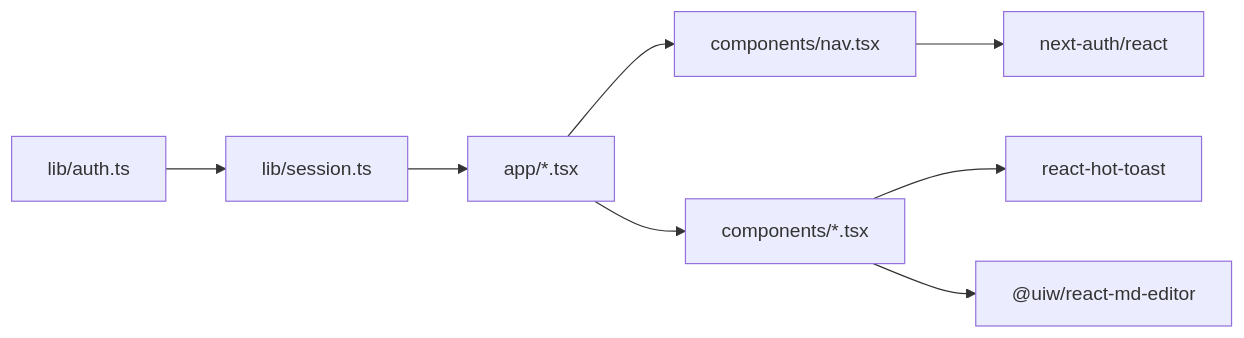
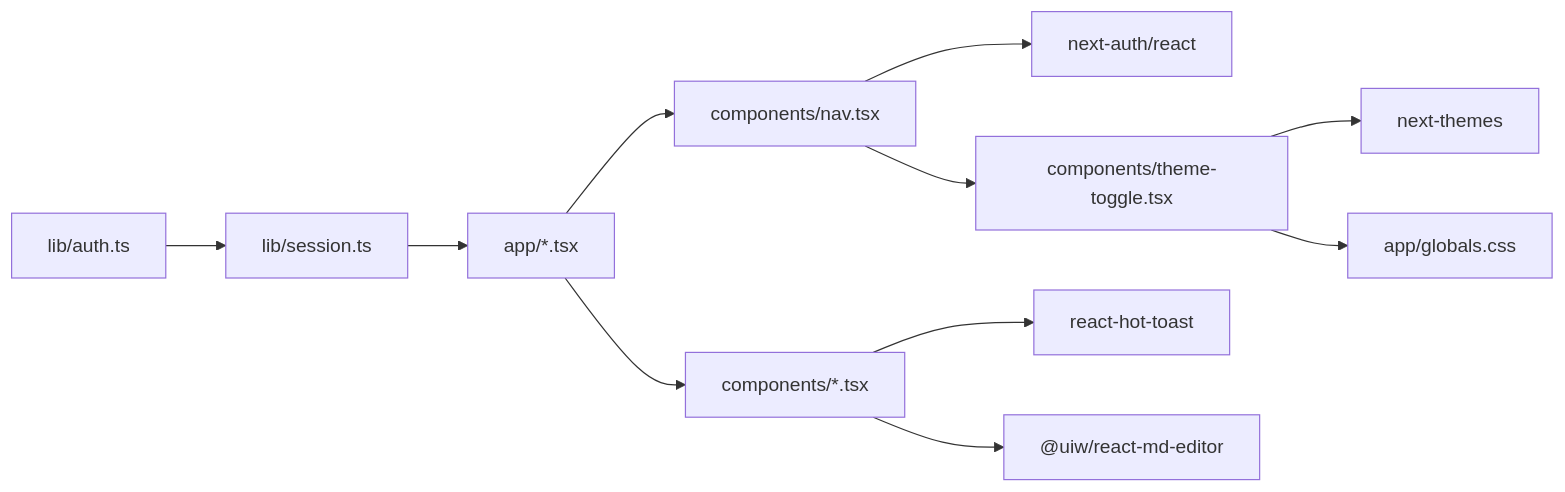
One commit to jrj444/git-daily changed the ninth of 9 diagrams in .qoder/repowiki/en/content/Frontend Components/Navigation and UI Elements.md. Above: the diagram before and after it, drawn with Mermaid. The commit also changed other lines of this file and 4 other files, not shown here.

````diff
--- a/.qoder/repowiki/en/content/Frontend Components/Navigation and UI Elements.md
+++ b/.qoder/repowiki/en/content/Frontend Components/Navigation and UI Elements.md
@@ -417,10 +483,13 @@
 ```mermaid
 graph LR
 AO["lib/auth.ts"] --> SESS["lib/session.ts"]
 SESS --> PAGE["app/*.tsx"]
 PAGE --> NAV["components/nav.tsx"]
 PAGE --> UI["components/*.tsx"]
 NAV --> NEXTAUTH["next-auth/react"]
+NAV --> THEMECOMP["components/theme-toggle.tsx"]
+THEMECOMP --> THEMEHOOK["next-themes"]
 UI --> TOAST["react-hot-toast"]
 UI --> MD["@uiw/react-md-editor"]
+THEMECOMP --> CSSVARS["app/globals.css"]
 ```
````
